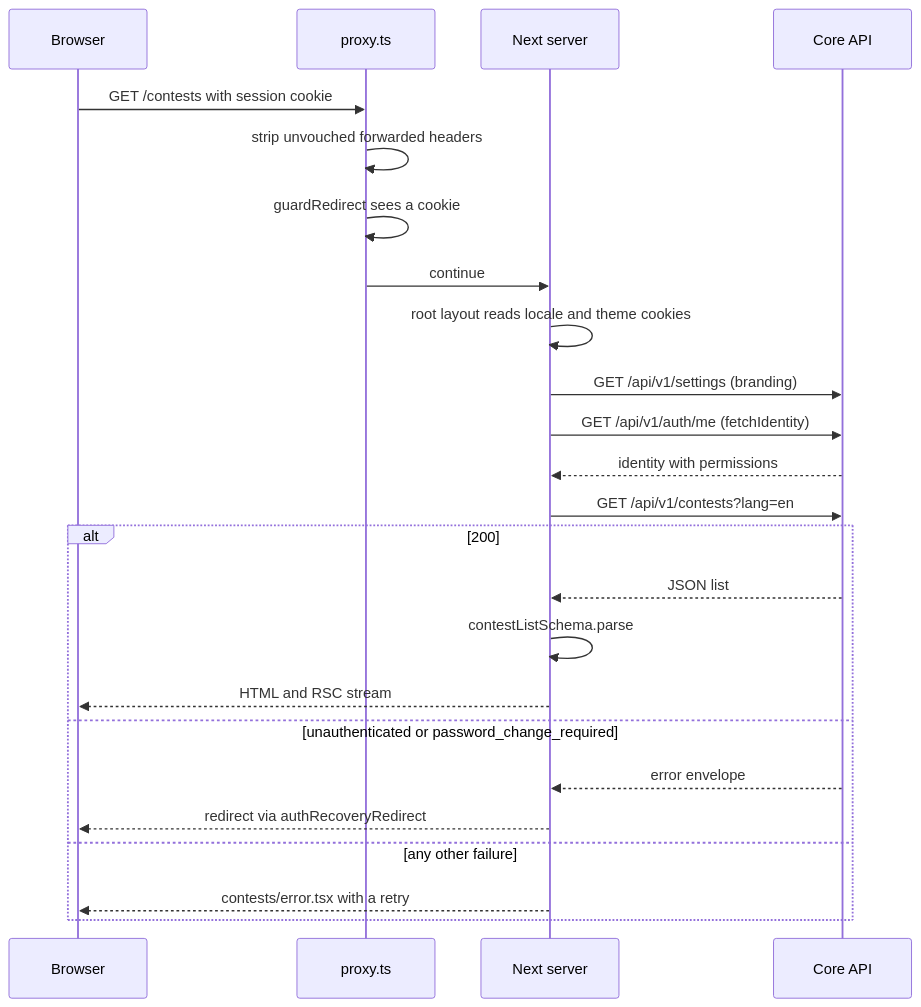
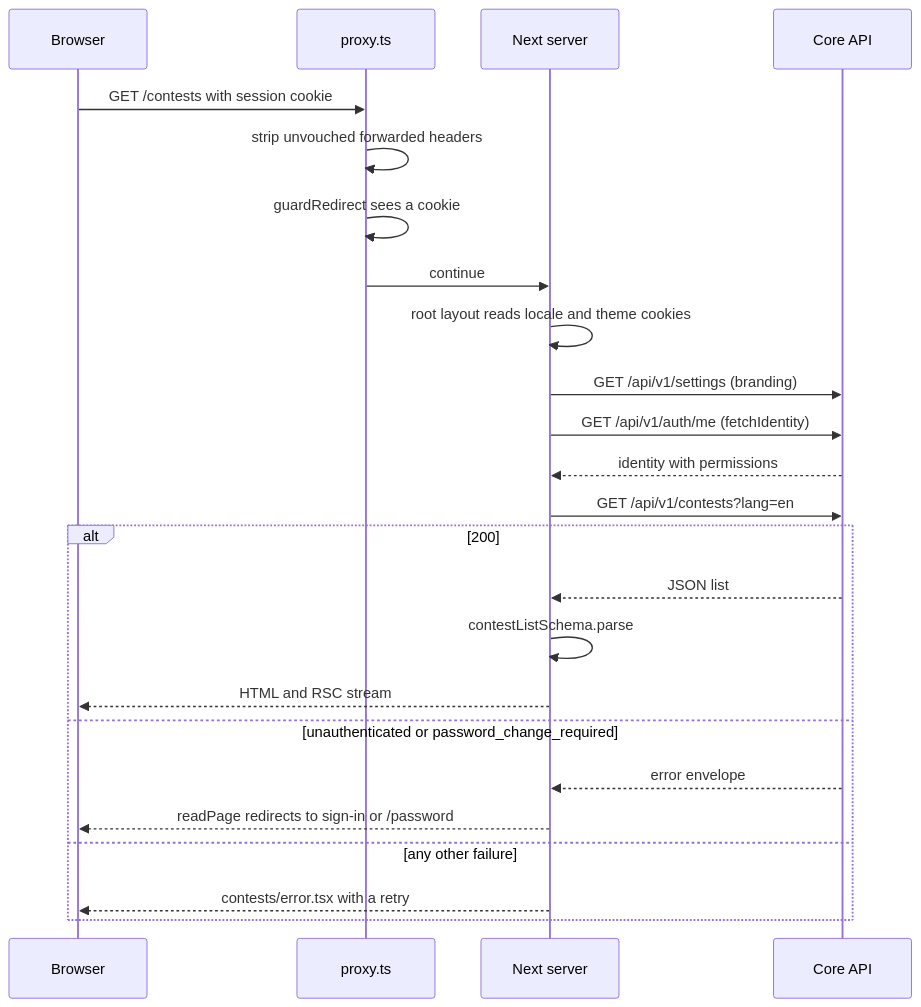
The second of 4 diagrams in docs/guide/05-frontend.md (devrdn/olymp-db-platform), drawn with Mermaid before and after one commit. The commit also changed other lines of this file, not shown here.

First line of the commit message:
docs(guide): describe the frontend as its frame, page reads and action form now work

````diff
--- a/docs/guide/05-frontend.md
+++ b/docs/guide/05-frontend.md
@@ -193,26 +219,26 @@
 ```mermaid
 sequenceDiagram
     participant B as Browser
     participant P as proxy.ts
     participant N as Next server
     participant API as Core API
     B->>P: GET /contests with session cookie
     P->>P: strip unvouched forwarded headers
     P->>P: guardRedirect sees a cookie
     P->>N: continue
     N->>N: root layout reads locale and theme cookies
     N->>API: GET /api/v1/settings (branding)
     N->>API: GET /api/v1/auth/me (fetchIdentity)
     API-->>N: identity with permissions
     N->>API: GET /api/v1/contests?lang=en
     alt 200
         API-->>N: JSON list
         N->>N: contestListSchema.parse
         N-->>B: HTML and RSC stream
     else unauthenticated or password_change_required
         API-->>N: error envelope
-        N-->>B: redirect via authRecoveryRedirect
+        N-->>B: readPage redirects to sign-in or /password
     else any other failure
         N-->>B: contests/error.tsx with a retry
     end
 ```
````
